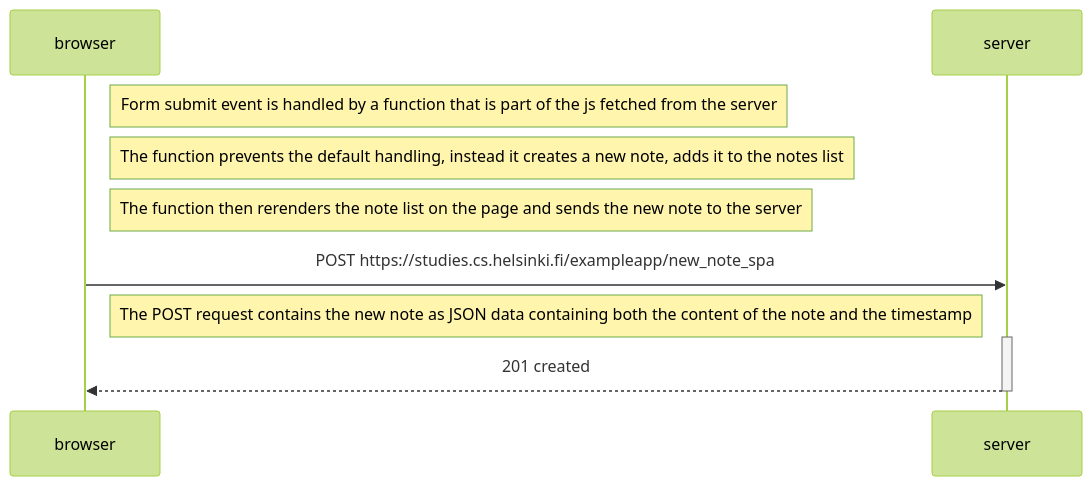
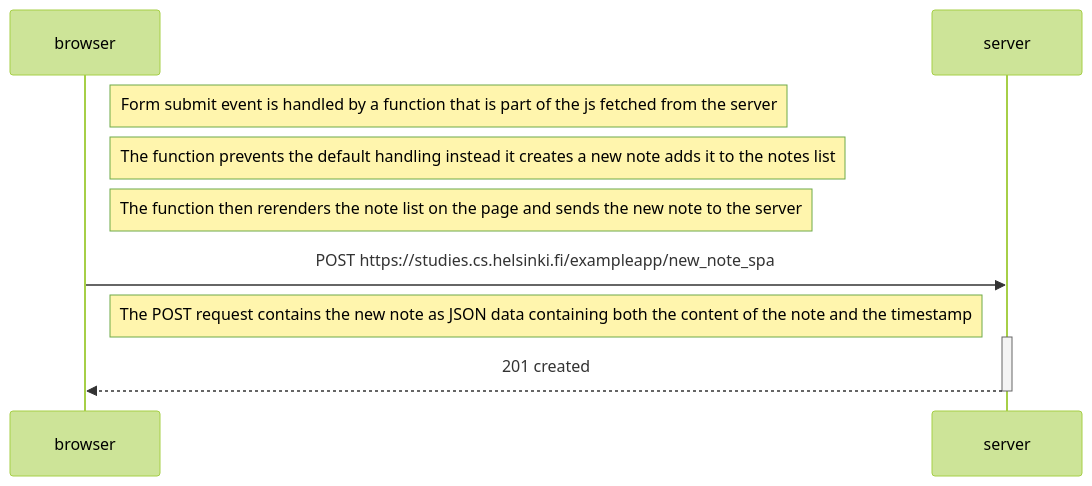
Before and after one commit to abhiroopc84/fso: the diagram in part0/6.md, drawn with Mermaid (forest theme).

````diff
--- a/part0/6.md
+++ b/part0/6.md
@@ -1,14 +1,14 @@
 ```mermaid
 sequenceDiagram
     participant browser
     participant server
 
     Note right of browser: Form submit event is handled by a function that is part of the js fetched from the server 
-    Note right of browser: The function prevents the default handling, instead it creates a new note, adds it to the notes list
+    Note right of browser: The function prevents the default handling instead it creates a new note adds it to the notes list
     Note right of browser: The function then rerenders the note list on the page and sends the new note to the server
     browser->>server: POST https://studies.cs.helsinki.fi/exampleapp/new_note_spa
     Note right of browser: The POST request contains the new note as JSON data containing both the content of the note and the timestamp
     activate server
     server-->>browser: 201 created
     deactivate server
 ```
````
